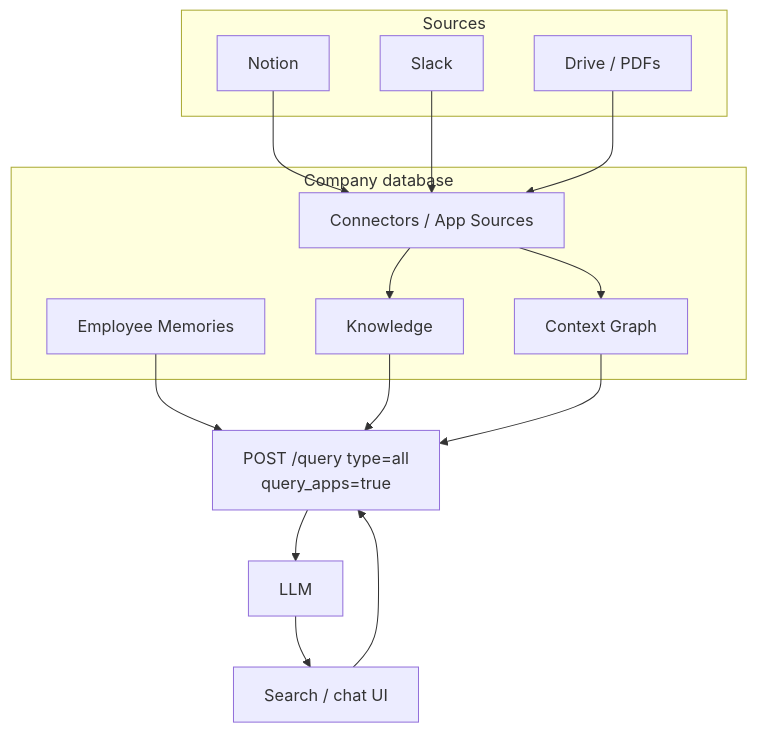
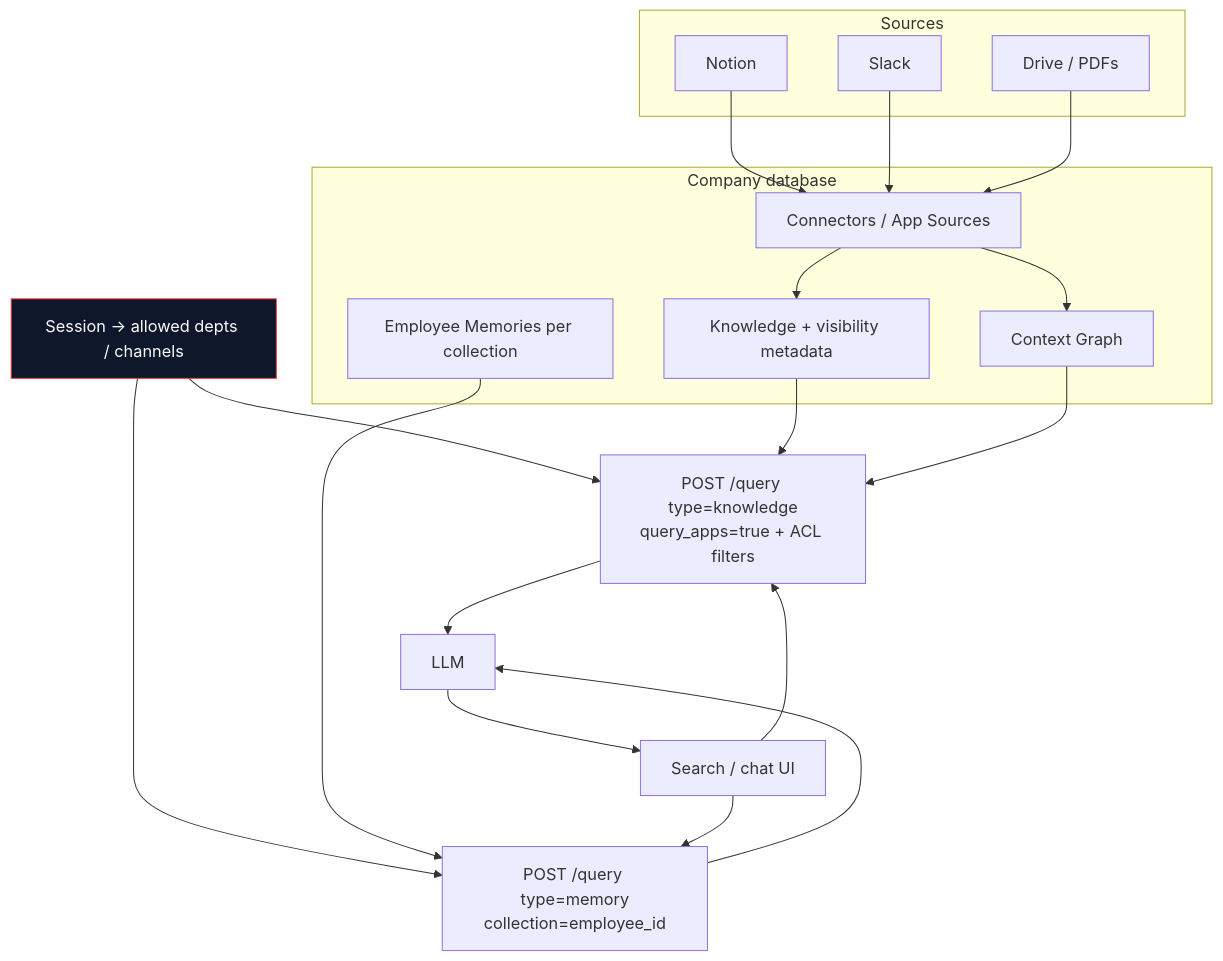
Before and after one commit to hydra-db/mintlify-docs: the sixth of 7 diagrams in essentials/v2/context-architecture/reference-architectures.mdx, drawn with Mermaid. The commit also changed other lines of this file and 7 other files, not shown here.

First line of the commit message:
docs(v2): fix playbook collection scope and Slack ACL guidance

````diff
--- a/essentials/v2/context-architecture/reference-architectures.mdx
+++ b/essentials/v2/context-architecture/reference-architectures.mdx
@@ -176,29 +189,37 @@
 ```mermaid
 flowchart TB
   subgraph Sources
     N[Notion]
     S[Slack]
     D[Drive / PDFs]
   end
 
   subgraph HydraDB["Company database"]
     Conn[Connectors / App Sources]
-    K[Knowledge]
+    K[Knowledge + visibility metadata]
     G[Context Graph]
-    M[Employee Memories]
+    M[Employee Memories per collection]
   end
 
-  Q["POST /query type=all<br/>query_apps=true"]
+  AuthZ["Session → allowed depts / channels"]
+  QK["POST /query type=knowledge<br/>query_apps=true + ACL filters"]
+  QM["POST /query type=memory<br/>collection=employee_id"]
   UI["Search / chat UI"]
   LLM["LLM"]
 
   N --> Conn
   S --> Conn
   D --> Conn
   Conn --> K
   Conn --> G
-  M --> Q
-  K --> Q
-  G --> Q
-  UI --> Q --> LLM --> UI
+  AuthZ --> QK
+  AuthZ --> QM
+  K --> QK
+  G --> QK
+  M --> QM
+  UI --> QK --> LLM
+  UI --> QM --> LLM
+  LLM --> UI
+
+  style AuthZ fill:#0f172a,stroke:#ef4444,color:#f8fafc
 ```
````
